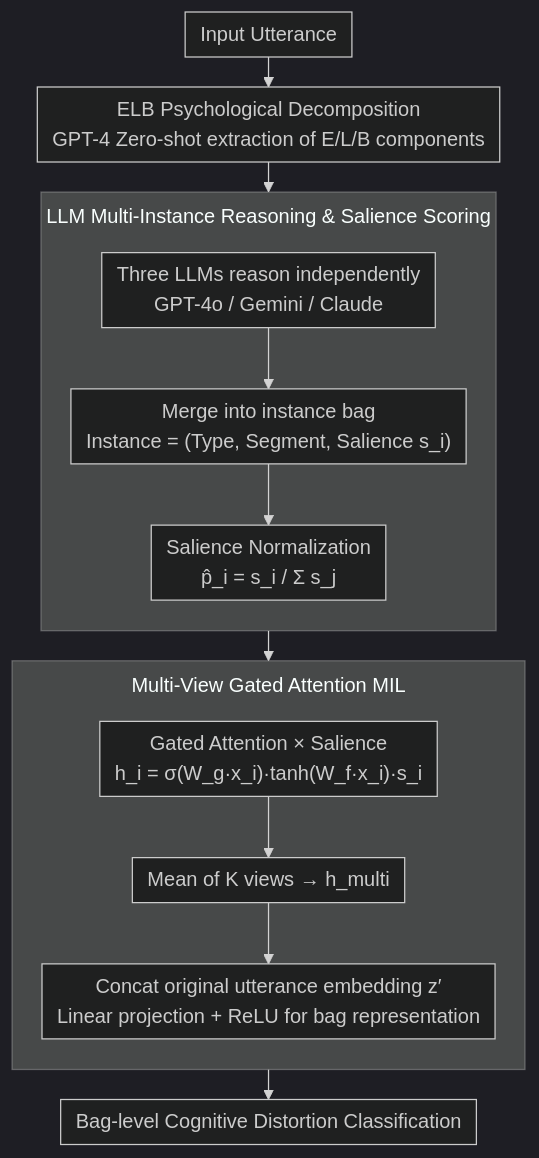
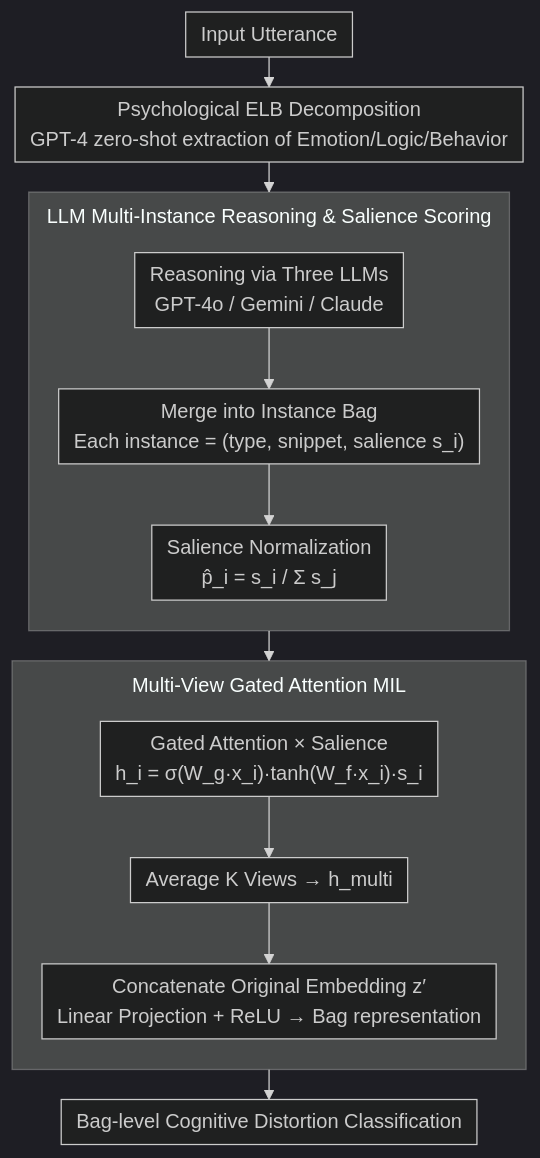
Before and after one commit to zhaoyang97/Paper-Notes-en: the diagram in docs/ACL2026/medical_nlp/multi-view_attention_multiple-instance_learning_enhanced_by_llm_reasoning_for_co.md, drawn with Mermaid (dark theme). The commit also changed other lines of this file and 5084 other files, not shown here.

````diff
--- a/docs/ACL2026/medical_nlp/multi-view_attention_multiple-instance_learning_enhanced_by_llm_reasoning_for_co.md
+++ b/docs/ACL2026/medical_nlp/multi-view_attention_multiple-instance_learning_enhanced_by_llm_reasoning_for_co.md
@@ -44,18 +44,18 @@
 ```mermaid
 %%{init: {'flowchart': {'rankSpacing': 24, 'nodeSpacing': 28, 'padding': 6, 'wrappingWidth': 400, 'subGraphTitleMargin': {'top': 8, 'bottom': 16}}}}%%
 flowchart TD
-    A["Input Utterance"] --> B["ELB Psychological Decomposition<br/>GPT-4 Zero-shot extraction of E/L/B components"]
+    A["Input Utterance"] --> B["Psychological ELB Decomposition<br/>GPT-4 zero-shot extraction of Emotion/Logic/Behavior"]
     B --> MIR
     subgraph MIR["LLM Multi-Instance Reasoning & Salience Scoring"]
         direction TB
-        C["Three LLMs reason independently<br/>GPT-4o / Gemini / Claude"] --> D["Merge into instance bag<br/>Instance = (Type, Segment, Salience s_i)"]
+        C["Reasoning via Three LLMs<br/>GPT-4o / Gemini / Claude"] --> D["Merge into Instance Bag<br/>Each instance = (type, snippet, salience s_i)"]
         D --> E["Salience Normalization<br/>p̂_i = s_i / Σ s_j"]
     end
     MIR --> MIL
     subgraph MIL["Multi-View Gated Attention MIL"]
         direction TB
-        F["Gated Attention × Salience<br/>h_i = σ(W_g·x_i)·tanh(W_f·x_i)·s_i"] --> G["Mean of K views → h_multi"]
-        G --> H["Concat original utterance embedding z′<br/>Linear projection + ReLU for bag representation"]
+        F["Gated Attention × Salience<br/>h_i = σ(W_g·x_i)·tanh(W_f·x_i)·s_i"] --> G["Average K Views → h_multi"]
+        G --> H["Concatenate Original Embedding z′<br/>Linear Projection + ReLU → Bag representation"]
     end
     MIL --> I["Bag-level Cognitive Distortion Classification"]
 ```
````
